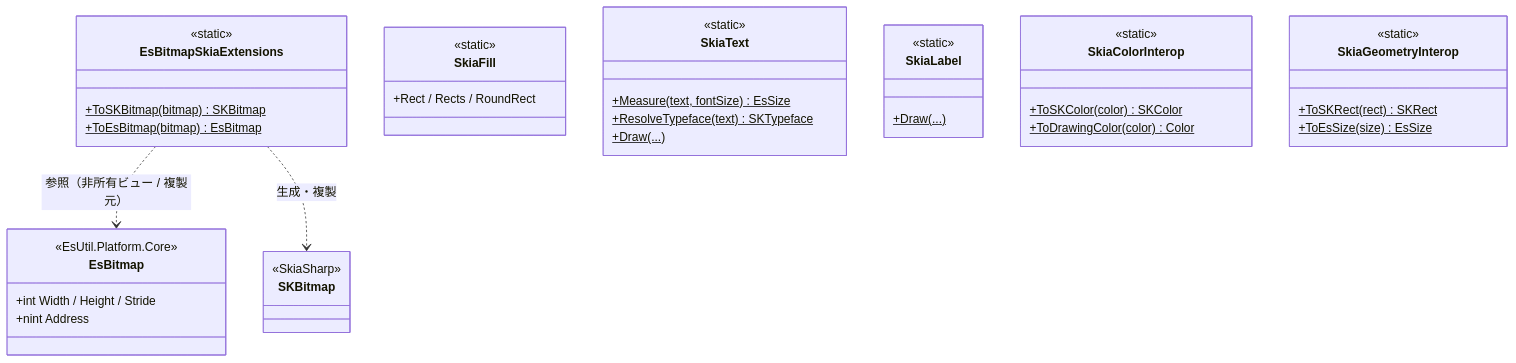
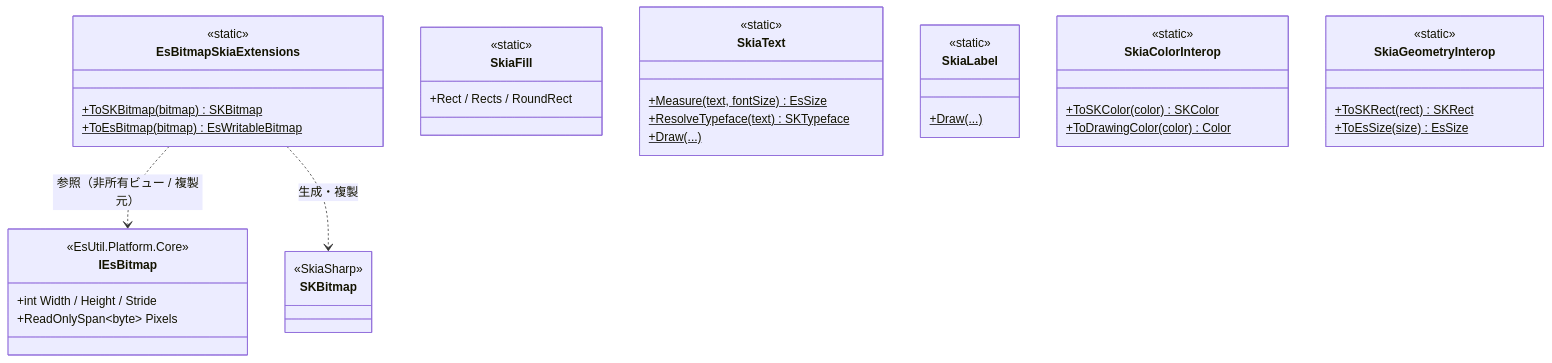
Before and after one commit to tomokuni/SaveEvidence: the second of 4 diagrams in src/Platform.Skia/docs/SPEC_System.md, drawn with Mermaid. The commit also changed other lines of this file and 33 other files, not shown here.

````diff
--- a/src/Platform.Skia/docs/SPEC_System.md
+++ b/src/Platform.Skia/docs/SPEC_System.md
@@ -81,43 +81,43 @@
 ```mermaid
 classDiagram
   class EsBitmapSkiaExtensions {
     <<static>>
     +ToSKBitmap(bitmap)$ SKBitmap
-    +ToEsBitmap(bitmap)$ EsBitmap
+    +ToEsBitmap(bitmap)$ EsWritableBitmap
   }
   class SkiaFill {
     <<static>>
     +Rect / Rects / RoundRect
   }
   class SkiaText {
     <<static>>
     +Measure(text, fontSize)$ EsSize
     +ResolveTypeface(text)$ SKTypeface
     +Draw(...)$
   }
   class SkiaLabel {
     <<static>>
     +Draw(...)$
   }
   class SkiaColorInterop {
     <<static>>
     +ToSKColor(color)$ SKColor
     +ToDrawingColor(color)$ Color
   }
   class SkiaGeometryInterop {
     <<static>>
     +ToSKRect(rect)$ SKRect
     +ToEsSize(size)$ EsSize
   }
-  class EsBitmap {
+  class IEsBitmap {
     <<EsUtil.Platform.Core>>
     +int Width / Height / Stride
-    +nint Address
+    +ReadOnlySpan~byte~ Pixels
   }
   class SKBitmap {
     <<SkiaSharp>>
   }
 
-  EsBitmapSkiaExtensions ..> EsBitmap : 参照（非所有ビュー / 複製元）
+  EsBitmapSkiaExtensions ..> IEsBitmap : 参照（非所有ビュー / 複製元）
   EsBitmapSkiaExtensions ..> SKBitmap : 生成・複製
 ```
````
